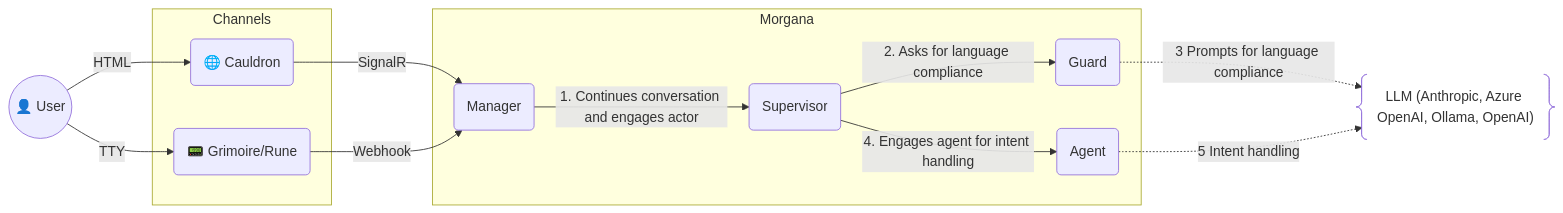
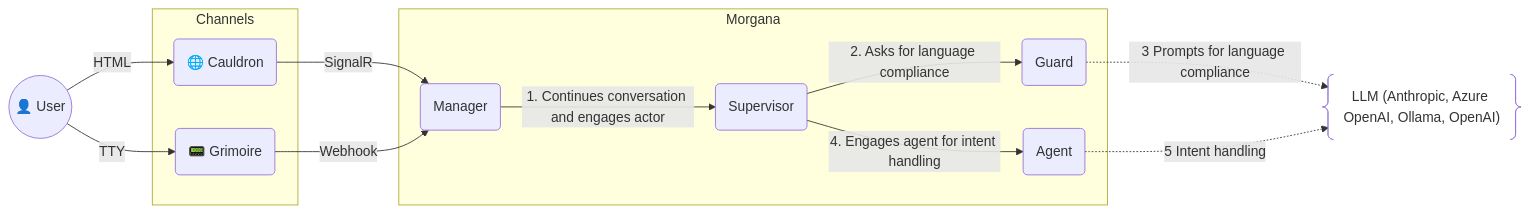
One commit to mdesalvo/Morgana changed the second of 2 diagrams in README.md. Above: the diagram before and after it, drawn with Mermaid. The commit also changed other lines of this file, not shown here.

````diff
--- a/README.md
+++ b/README.md
@@ -171,36 +171,36 @@
 ```mermaid
 graph LR
   U@{shape: circle, label: "👤 User"}
 
   %% Channels (reference clients, out-of-the-box)
   subgraph Channels["Channels"]
     CLD@{shape: rounded, label: "🌐 Cauldron"}
-    RUN@{shape: rounded, label: "📟 Grimoire/Rune"}
+    RUN@{shape: rounded, label: "📟 Grimoire"}
   end
 
   %% Backend boundary
   subgraph Morgana["Morgana"]
     CM@{shape: rounded, label: "Manager"}
     SV@{shape: rounded, label: "Supervisor"}
 
     G@{shape: rounded, label: "Guard"}
     MA@{shape: rounded, label: "Agent"}
   end
 
   %% User → Channel
   U -- HTML --> CLD
   U -- TTY --> RUN
 
   %% Channel → BE
   CLD -- SignalR --> CM
   RUN -- Webhook --> CM
   CM -- 1. Continues conversation and engages actor --> SV
 
   %% Internal BE flow
   SV -- 2. Asks for language compliance --> G
   SV -- 4. Engages agent for intent handling --> MA
 
   %% External systems
   G -. 3 Prompts for language compliance .-> LLM@{shape: braces, label: "LLM (Anthropic, Azure OpenAI, Ollama, OpenAI)"}
   MA -. 5 Intent handling .-> LLM
 ```
````
